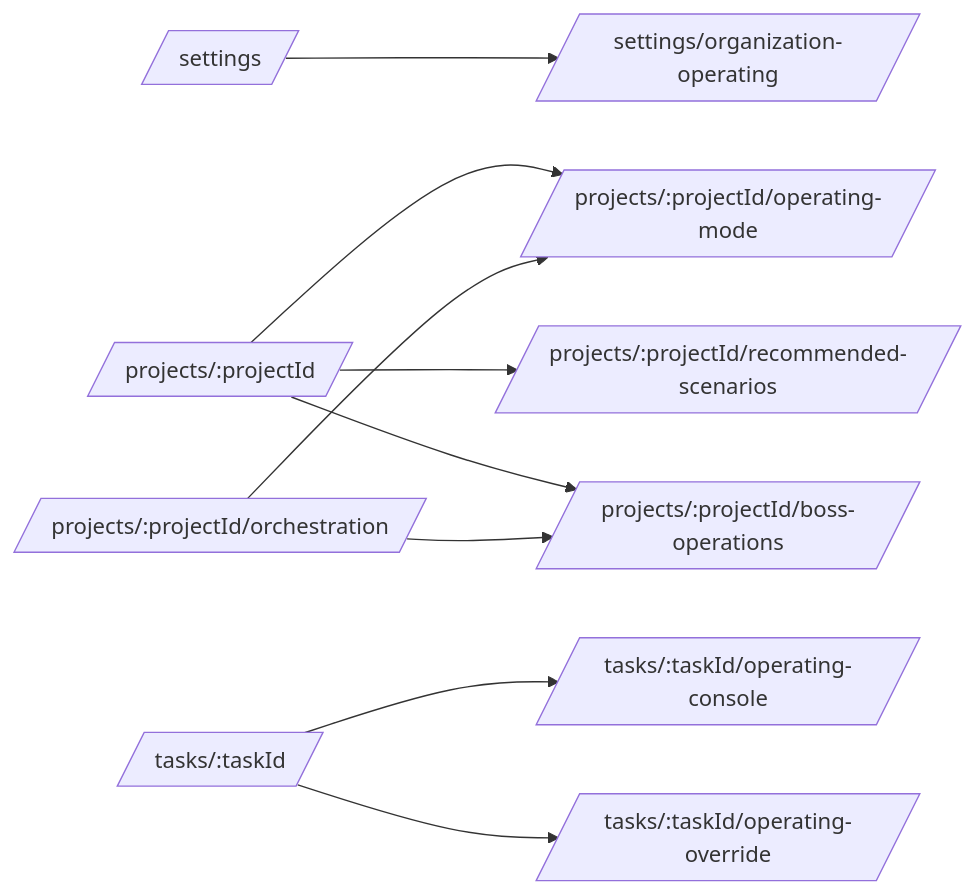
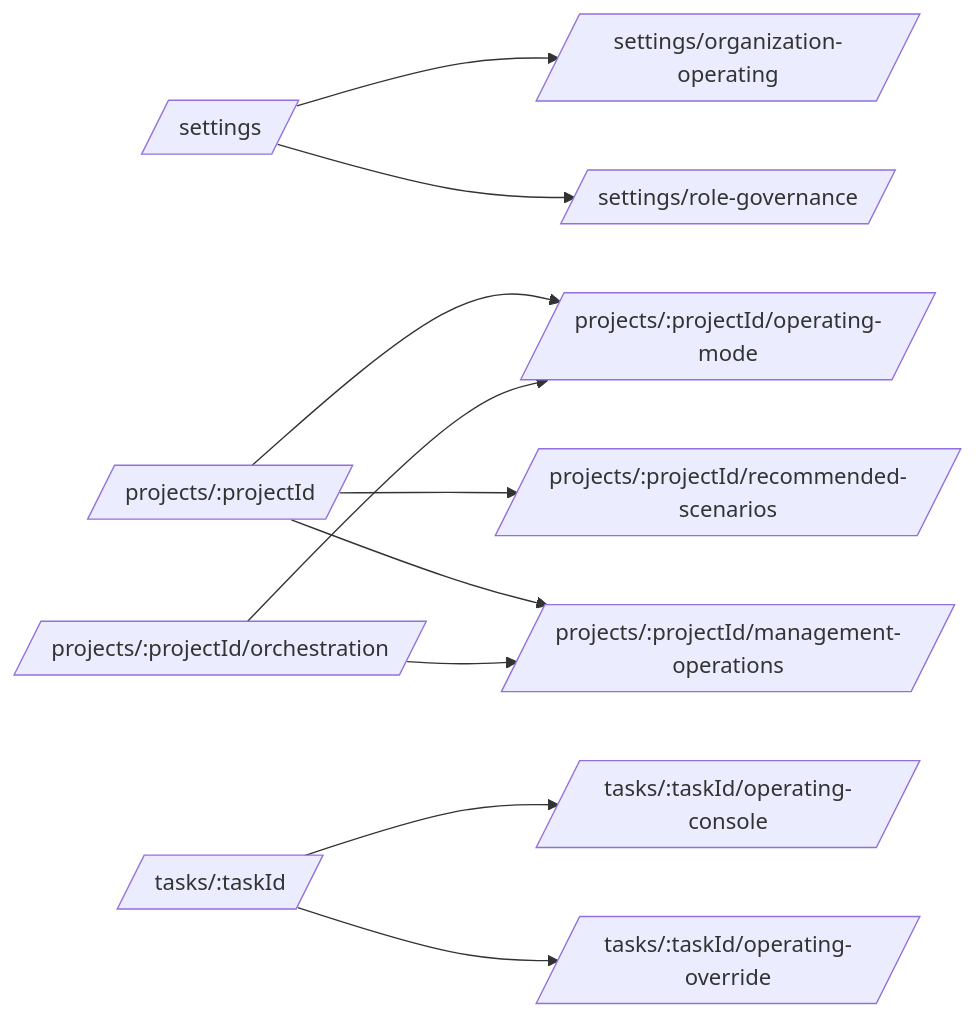
The second of 2 diagrams in docs/organization-oriented-agent-frontend-information-architecture.md (openerserver/openerx), drawn with Mermaid before and after one commit. The commit also changed other lines of this file and 24 other files, not shown here.

````diff
--- a/docs/organization-oriented-agent-frontend-information-architecture.md
+++ b/docs/organization-oriented-agent-frontend-information-architecture.md
@@ -184,11 +208,12 @@
 ```mermaid
 flowchart LR
   S[/settings/] --> SO[/settings/organization-operating/]
+  S --> SR[/settings/role-governance/]
   P[/projects/:projectId/] --> PM[/projects/:projectId/operating-mode/]
   P --> PL[/projects/:projectId/recommended-scenarios/]
-  P --> PB[/projects/:projectId/boss-operations/]
+  P --> PB[/projects/:projectId/management-operations/]
   PO[/projects/:projectId/orchestration/] --> PM
   PO --> PB
   T[/tasks/:taskId/] --> TC[/tasks/:taskId/operating-console/]
   T --> TO[/tasks/:taskId/operating-override/]
 ```
````
